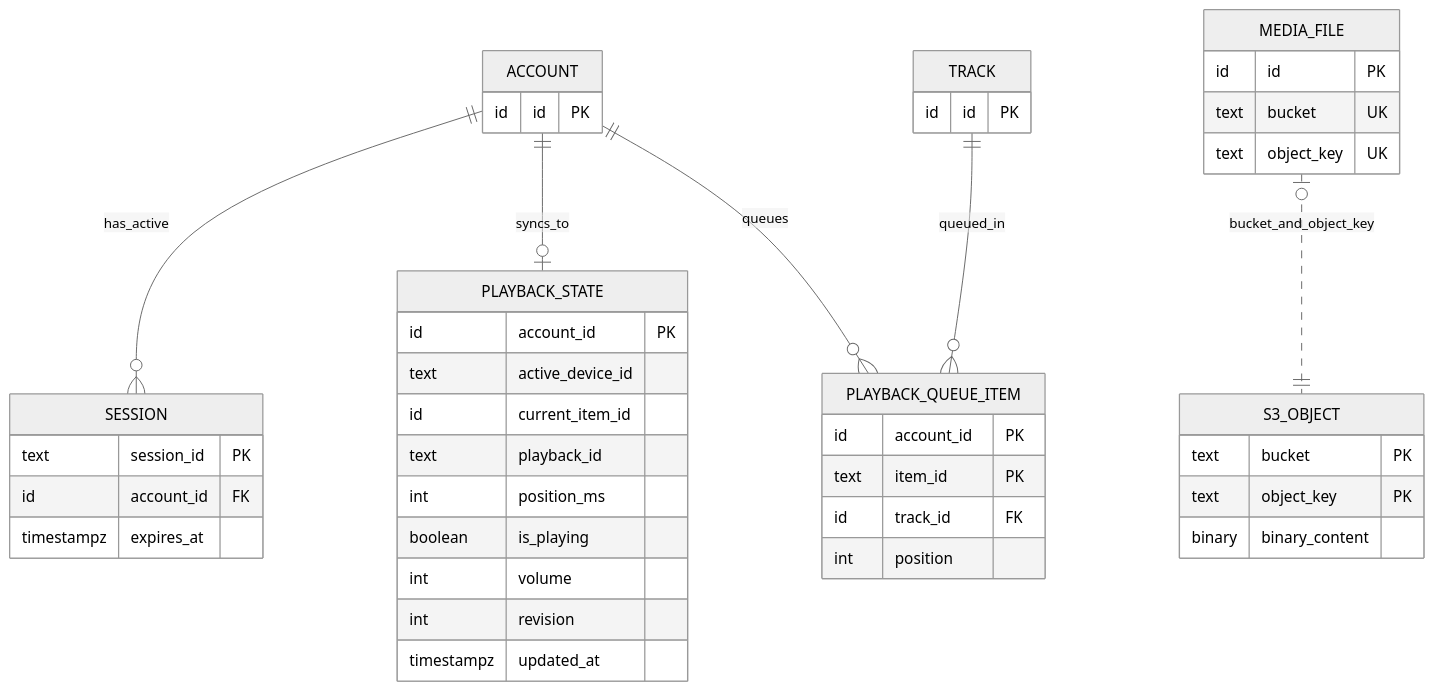
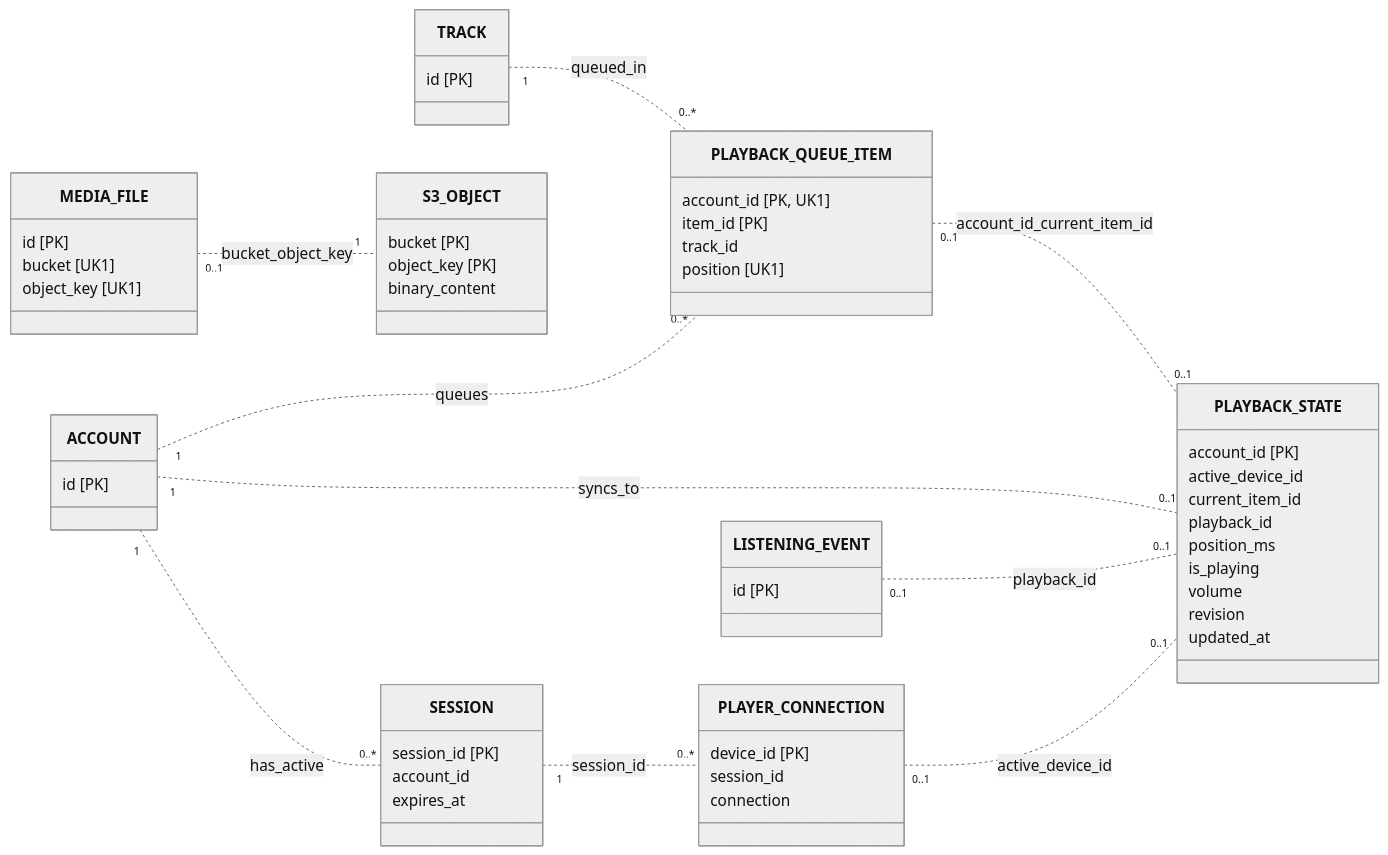
The fourth of 4 diagrams in db/normalized/er.md (go-park-mail-ru/2026_2_Na_Vse_200), drawn with Mermaid (neutral theme) before and after one commit. The commit also changed other lines of this file and 1 other file, not shown here.

````diff
--- a/db/normalized/er.md
+++ b/db/normalized/er.md
@@ -167,47 +167,59 @@
 ```mermaid
-erDiagram
-    ACCOUNT {
-        id id PK
+classDiagram
+direction LR
+    class ACCOUNT {
+        id [PK]
     }
-    TRACK {
-        id id PK
+    class TRACK {
+        id [PK]
     }
-    MEDIA_FILE {
-        id id PK
-        text bucket UK
-        text object_key UK
+    class MEDIA_FILE {
+        id [PK]
+        bucket [UK1]
+        object_key [UK1]
     }
-    SESSION {
-        text session_id PK
-        id account_id FK
-        timestampz expires_at
+    class SESSION {
+        session_id [PK]
+        account_id
+        expires_at
     }
-    PLAYBACK_STATE {
-        id account_id PK
-        text active_device_id
-        id current_item_id
-        text playback_id
-        int position_ms
-        boolean is_playing
-        int volume
-        int revision
-        timestampz updated_at
+    class PLAYBACK_STATE {
+        account_id [PK]
+        active_device_id
+        current_item_id
+        playback_id
+        position_ms
+        is_playing
+        volume
+        revision
+        updated_at
     }
-    PLAYBACK_QUEUE_ITEM {
-        id account_id PK
-        text item_id PK
-        id track_id FK
-        int position
+    class PLAYBACK_QUEUE_ITEM {
+        account_id [PK, UK1]
+        item_id [PK]
+        track_id
+        position [UK1]
     }
-    S3_OBJECT {
-        text bucket PK
-        text object_key PK
-        binary binary_content
+    class PLAYER_CONNECTION {
+        device_id [PK]
+        session_id
+        connection
     }
-
-    ACCOUNT ||--o{ SESSION : "has_active"
-    ACCOUNT ||--o| PLAYBACK_STATE : "syncs_to"
-    ACCOUNT ||--o{ PLAYBACK_QUEUE_ITEM : "queues"
-    TRACK ||--o{ PLAYBACK_QUEUE_ITEM : "queued_in"
-    MEDIA_FILE |o..|| S3_OBJECT : "bucket_and_object_key"
+    class S3_OBJECT {
+        bucket [PK]
+        object_key [PK]
+        binary_content
+    }
+    class LISTENING_EVENT {
+        id [PK]
+    }
+    ACCOUNT "1" .. "0..*" SESSION : has_active
+    ACCOUNT "1" .. "0..1" PLAYBACK_STATE : syncs_to
+    ACCOUNT "1" .. "0..*" PLAYBACK_QUEUE_ITEM : queues
+    TRACK "1" .. "0..*" PLAYBACK_QUEUE_ITEM : queued_in
+    PLAYBACK_QUEUE_ITEM "0..1" .. "0..1" PLAYBACK_STATE : account_id_current_item_id
+    SESSION "1" .. "0..*" PLAYER_CONNECTION : session_id
+    PLAYER_CONNECTION "0..1" .. "0..1" PLAYBACK_STATE : active_device_id
+    LISTENING_EVENT "0..1" .. "0..1" PLAYBACK_STATE : playback_id
+    MEDIA_FILE "0..1" .. "1" S3_OBJECT : bucket_object_key
 ```
````
